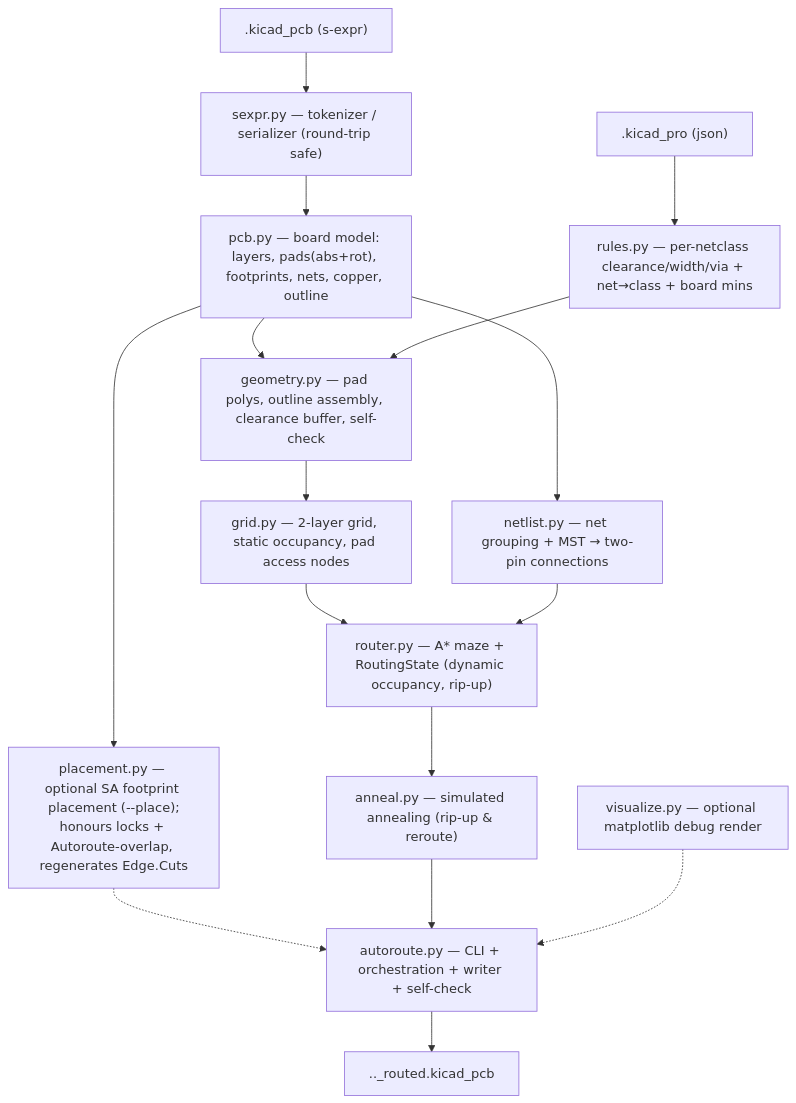
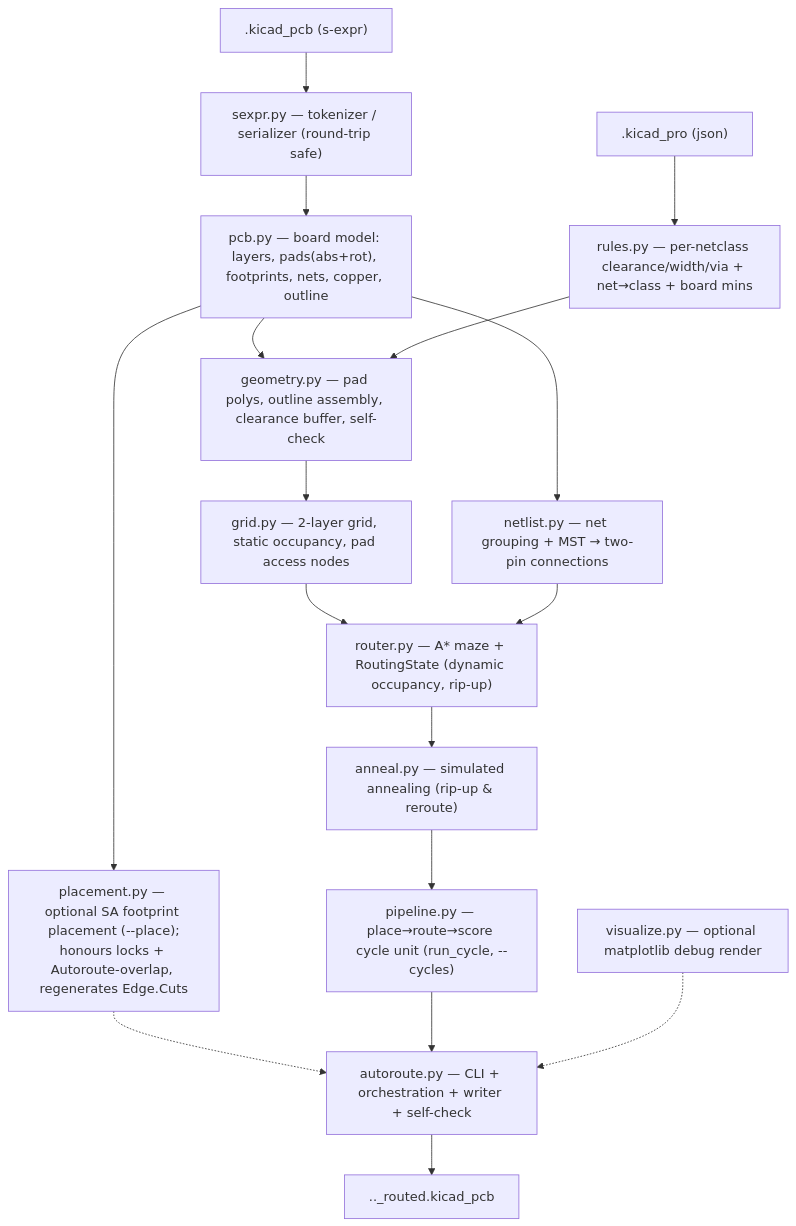
Before and after one commit to dqmcdonald/PyAutoRoute: the diagram in docs/architecture.md, drawn with Mermaid. The commit also changed other lines of this file and 7 other files, not shown here.

First line of the commit message:
feat(cli): best-of-cycles placement (--cycles) + shared pipeline.py

````diff
--- a/docs/architecture.md
+++ b/docs/architecture.md
@@ -23,18 +23,19 @@
 ```mermaid
 flowchart TD
   PCB[".kicad_pcb (s-expr)"] --> sexpr
   PRO[".kicad_pro (json)"] --> rules
   sexpr["sexpr.py — tokenizer / serializer (round-trip safe)"] --> pcb
   pcb["pcb.py — board model: layers, pads(abs+rot), footprints, nets, copper, outline"] --> netlist
   pcb --> placement
   placement["placement.py — optional SA footprint placement (--place);<br/>honours locks + Autoroute-overlap, regenerates Edge.Cuts"] -.-> autoroute
   pcb --> geometry
   rules["rules.py — per-netclass clearance/width/via + net→class + board mins"] --> geometry
   geometry["geometry.py — pad polys, outline assembly, clearance buffer, self-check"] --> grid
   grid["grid.py — 2-layer grid, static occupancy, pad access nodes"] --> router
   netlist["netlist.py — net grouping + MST → two-pin connections"] --> router
   router["router.py — A* maze + RoutingState (dynamic occupancy, rip-up)"] --> anneal
-  anneal["anneal.py — simulated annealing (rip-up & reroute)"] --> autoroute
+  anneal["anneal.py — simulated annealing (rip-up & reroute)"] --> pipeline
+  pipeline["pipeline.py — place→route→score cycle unit (run_cycle, --cycles)"] --> autoroute
   autoroute["autoroute.py — CLI + orchestration + writer + self-check"] --> OUT[".._routed.kicad_pcb"]
   visualize["visualize.py — optional matplotlib debug render"] -.-> autoroute
 ```
````
